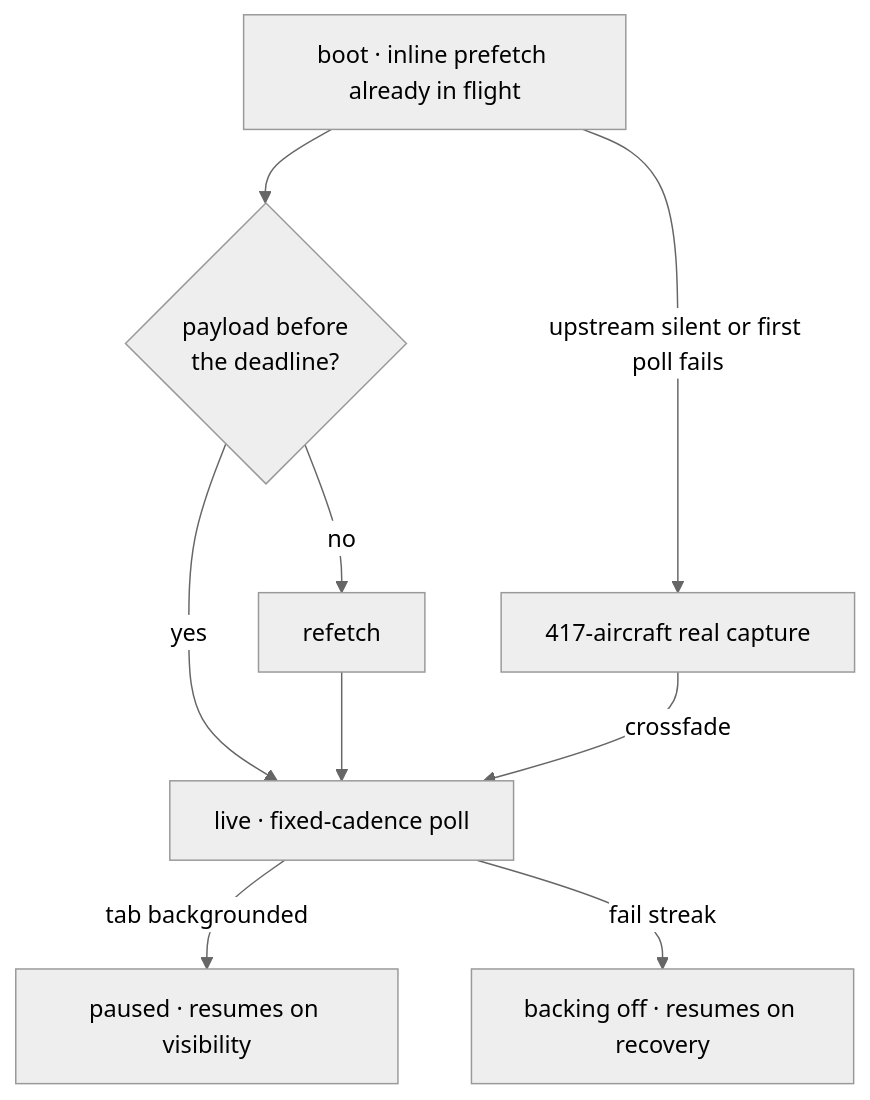
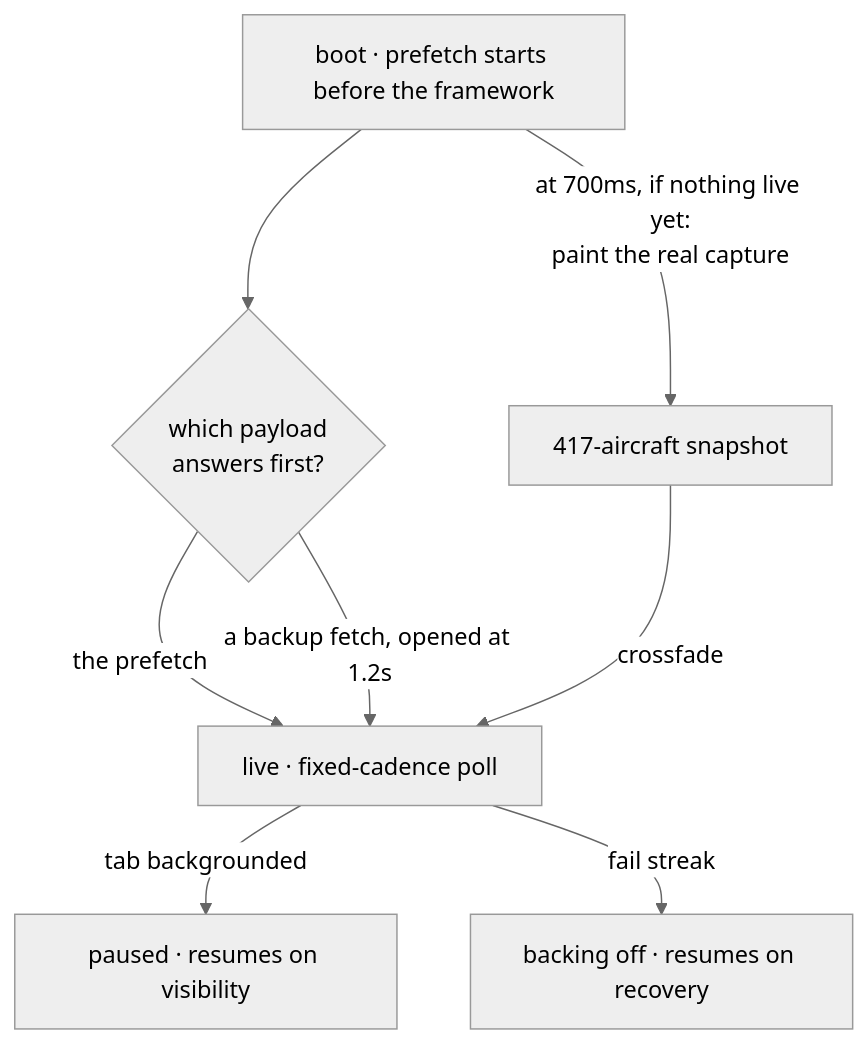
Before and after one commit to klauslila/klauslila-showcase: the third of 3 diagrams in README.md, drawn with Mermaid (neutral theme). The commit also changed other lines of this file, not shown here.

Commit message:
chore: refresh generated figures from the live database

````diff
--- a/README.md
+++ b/README.md
@@ -95,10 +95,10 @@
 ```mermaid
 flowchart TD
-  BT["boot · inline prefetch already in flight"] --> RC{"payload before<br/>the deadline?"}
-  RC -->|"yes"| LV["live · fixed-cadence poll"]
-  RC -->|"no"| RF["refetch"] --> LV
-  BT -->|"upstream silent or first poll fails"| SN["417-aircraft real capture"]
+  BT["boot · prefetch starts before the framework"] --> R{"which payload<br/>answers first?"}
+  R -->|"the prefetch"| LV["live · fixed-cadence poll"]
+  R -->|"a backup fetch, opened at 1.2s"| LV
+  BT -->|"at 700ms, if nothing live yet:<br/>paint the real capture"| SN["417-aircraft snapshot"]
   SN -->|"crossfade"| LV
   LV -->|"tab backgrounded"| PS["paused · resumes on visibility"]
   LV -->|"fail streak"| BO["backing off · resumes on recovery"]
 ```
````
